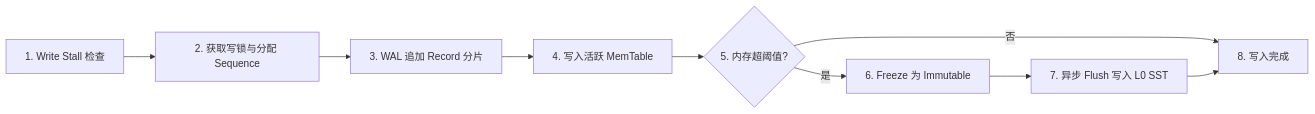
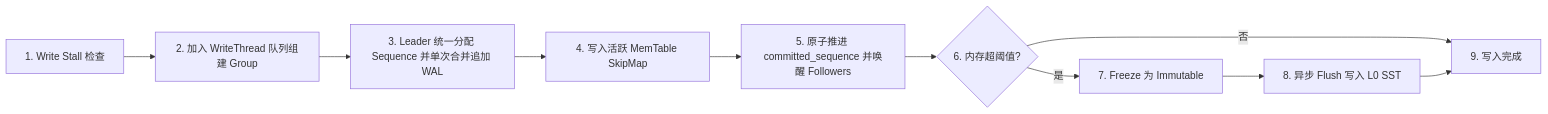
One commit to wiqun/AiDb changed the second of 8 diagrams in ARCHITECTURE.md. Above: the diagram before and after it, drawn with Mermaid. The commit also changed other lines of this file and 28 other files, not shown here.

````diff
--- a/ARCHITECTURE.md
+++ b/ARCHITECTURE.md
@@ -97,11 +97,12 @@
 ```mermaid
 flowchart LR
-    W[1. Write Stall 检查] --> L[2. 获取写锁与分配 Sequence]
-    L --> WAL[3. WAL 追加 Record 分片]
-    WAL --> MT[4. 写入活跃 MemTable]
-    MT --> F{5. 内存超阈值?}
-    F -->|是| FR[6. Freeze 为 Immutable]
-    FR --> BG[7. 异步 Flush 写入 L0 SST]
-    F -->|否| OK[8. 写入完成]
+    W[1. Write Stall 检查] --> WT[2. 加入 WriteThread 队列组建 Group]
+    WT --> L[3. Leader 统一分配 Sequence 并单次合并追加 WAL]
+    L --> MT[4. 写入活跃 MemTable SkipMap]
+    MT --> CS[5. 原子推进 committed_sequence 并唤醒 Followers]
+    CS --> F{6. 内存超阈值?}
+    F -->|是| FR[7. Freeze 为 Immutable]
+    FR --> BG[8. 异步 Flush 写入 L0 SST]
+    F -->|否| OK[9. 写入完成]
     BG --> OK
 ```
````
